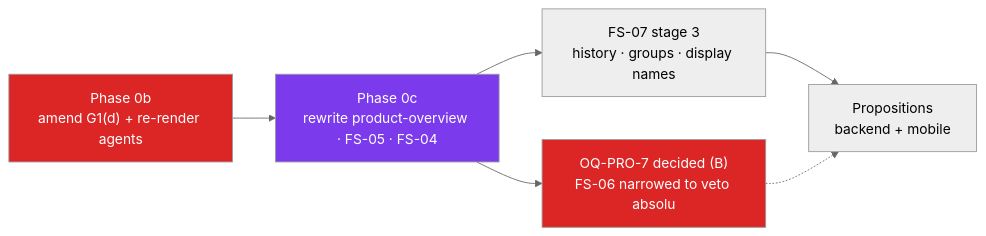
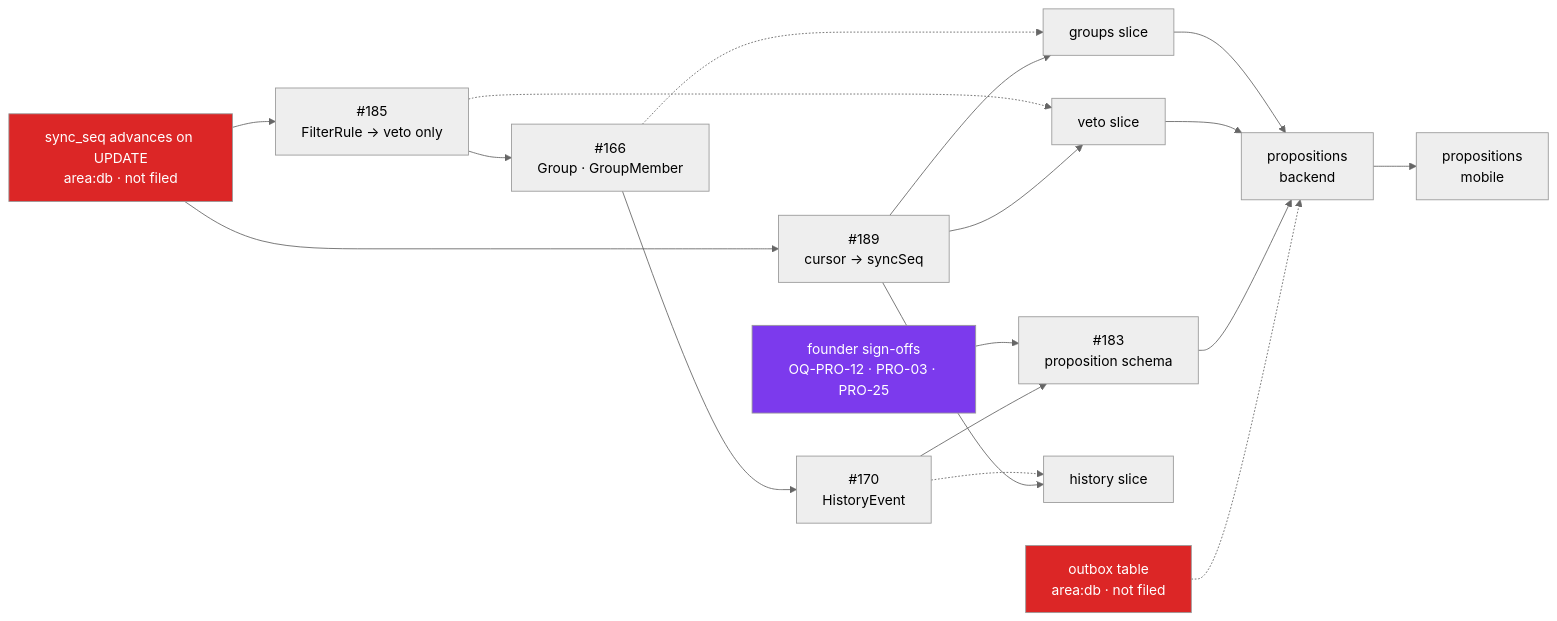
Before and after one commit to hamza-el-miqdam/swab: the diagram in docs/ROADMAP.md, drawn with Mermaid (neutral theme). The commit also changed other lines of this file and 2 other files, not shown here.

First line of the commit message:
docs(devops): ROADMAP Phase 3 — post-ADR-002 sequencing (#190)

````diff
--- a/docs/ROADMAP.md
+++ b/docs/ROADMAP.md
@@ -33,11 +31,23 @@
 ```mermaid
 graph LR
-  Z["Phase 0b<br/>amend G1(d) + re-render agents"] --> Y["Phase 0c<br/>rewrite product-overview · FS-05 · FS-04"]
-  Y --> A["FS-07 stage 3<br/>history · groups · display names"]
-  Y --> Q["OQ-PRO-7 decided (B)<br/>FS-06 narrowed to veto absolu"]
-  A --> P["Propositions<br/>backend + mobile"]
-  Q -.-> P
-  style Z fill:#dc2626,color:#fff
-  style Y fill:#7c3aed,color:#fff
-  style Q fill:#dc2626,color:#fff
+  T["sync_seq advances on UPDATE<br/>area:db · not filed"] --> F["#185<br/>FilterRule → veto only"]
+  F --> G["#166<br/>Group · GroupMember"]
+  G --> H["#170<br/>HistoryEvent"]
+  H --> S["#183<br/>proposition schema"]
+  T --> C["#189<br/>cursor → syncSeq"]
+  C --> V["veto slice"]
+  C --> GS["groups slice"]
+  C --> HS["history slice"]
+  F -.-> V
+  G -.-> GS
+  H -.-> HS
+  O["outbox table<br/>area:db · not filed"] -.-> P
+  D["founder sign-offs<br/>OQ-PRO-12 · PRO-03 · PRO-25"] --> S
+  S --> P["propositions<br/>backend"]
+  V --> P
+  GS --> P
+  P --> M["propositions<br/>mobile"]
+  style T fill:#dc2626,color:#fff
+  style O fill:#dc2626,color:#fff
+  style D fill:#7c3aed,color:#fff
 ```
````
